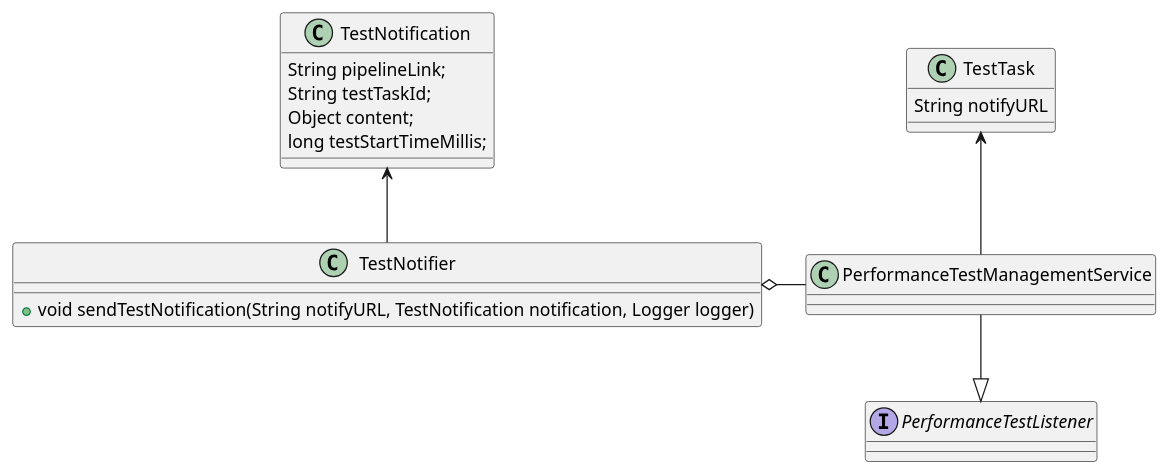
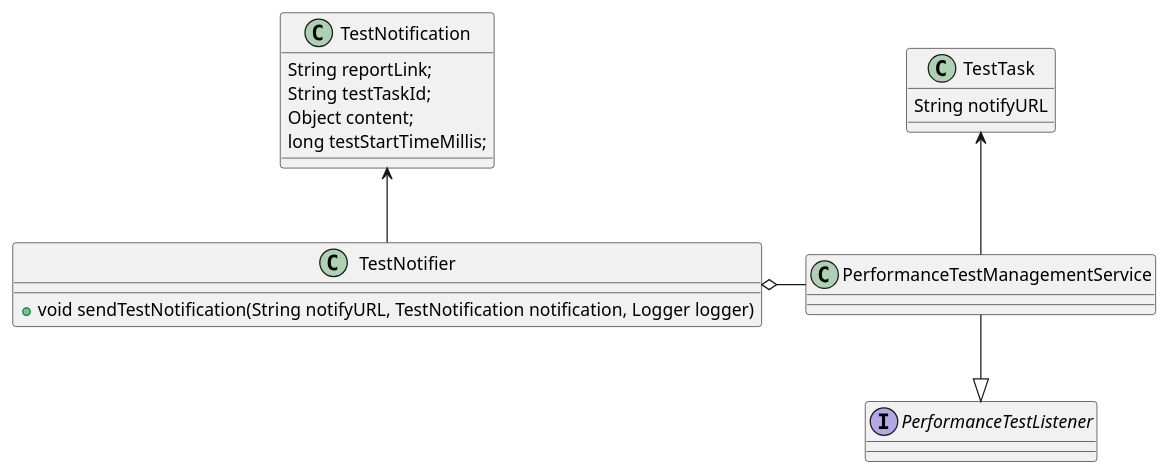
Before and after one commit to microsoft/HydraLab: the sixth of 7 diagrams in agent/doc/UML/performance_test_design.puml, drawn with PlantUML. The commit also changed 1 other file, not shown here.

```diff
--- a/agent/doc/UML/performance_test_design.puml
+++ b/agent/doc/UML/performance_test_design.puml
@@ -167,24 +167,24 @@
 @startuml test_notify_uml
 class TestTask {
     String notifyURL
 }
 
 class TestNotification {
-    String pipelineLink;
+    String reportLink;
     String testTaskId;
     Object content;
     long testStartTimeMillis;
 }
 
 class TestNotifier {
     + void sendTestNotification(String notifyURL, TestNotification notification, Logger logger)
 }
 
 interface PerformanceTestListener {
 }
 
 PerformanceTestManagementService -u-> TestTask
 TestNotifier o- PerformanceTestManagementService
 TestNotifier -u-> TestNotification
 PerformanceTestManagementService -d-|> PerformanceTestListener
 @enduml
```
